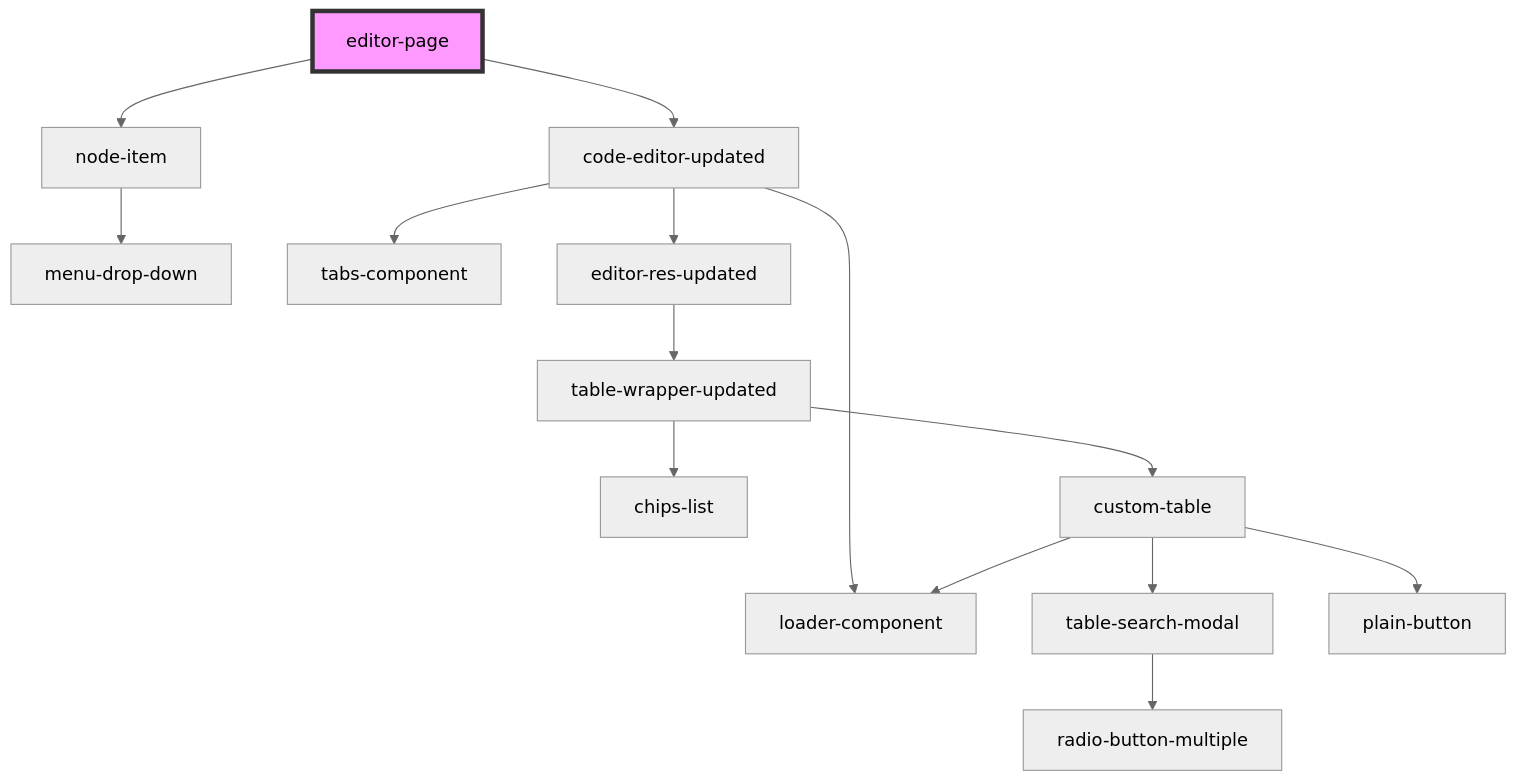
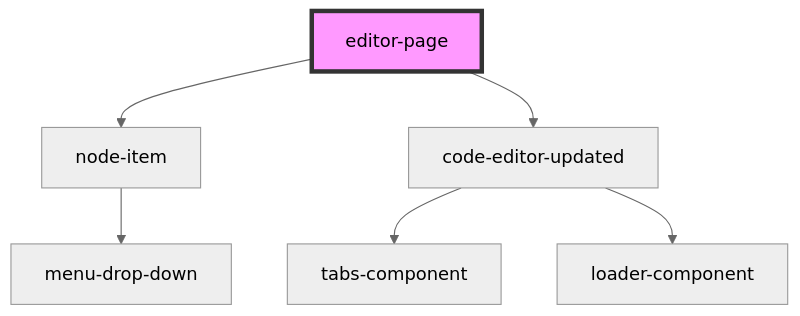
Before and after one commit to techvariable/NeptuneConnectComponents: the diagram in src/components/editor-page/readme.md, drawn with Mermaid (neutral theme). The commit also changed 8 other files, not shown here.

````diff
--- a/src/components/editor-page/readme.md
+++ b/src/components/editor-page/readme.md
@@ -24,17 +24,9 @@
 ```mermaid
 graph TD;
   editor-page --> node-item
   editor-page --> code-editor-updated
   node-item --> menu-drop-down
   code-editor-updated --> tabs-component
   code-editor-updated --> loader-component
-  code-editor-updated --> editor-res-updated
-  editor-res-updated --> table-wrapper-updated
-  table-wrapper-updated --> chips-list
-  table-wrapper-updated --> custom-table
-  custom-table --> table-search-modal
-  custom-table --> loader-component
-  custom-table --> plain-button
-  table-search-modal --> radio-button-multiple
   style editor-page fill:#f9f,stroke:#333,stroke-width:4px
 ```
````
